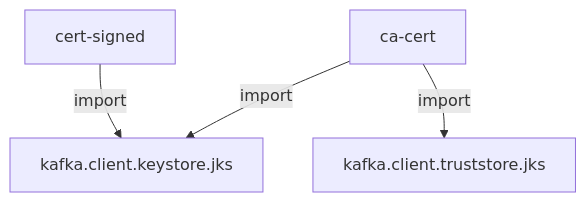
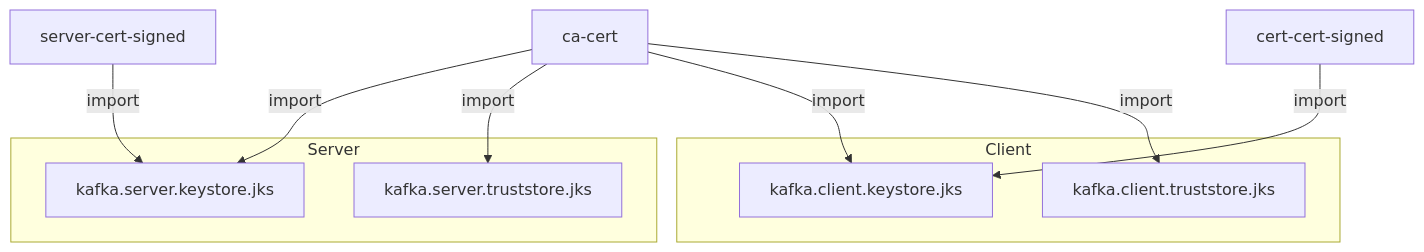
One commit to decodableco/examples changed the fourth of 4 diagrams in mtls/README.md. Above: the diagram before and after it, drawn with Mermaid. The commit also changed other lines of this file and 1 other file, not shown here.

````diff
--- a/mtls/README.md
+++ b/mtls/README.md
@@ -110,10 +63,26 @@
 ```mermaid
 flowchart TD;
 
-    ca-cert-->|import|jks[kafka.client.keystore.jks]
-    ca-cert-->|import|kafka.client.truststore.jks
+
+    ca-cert-->|import|serverks[kafka.server.keystore.jks]
+    ca-cert-->|import|serverts[kafka.server.truststore.jks]
+
+    server-cert-signed-->|import|serverks
+
+    ca-cert-->|import|clientks[kafka.client.keystore.jks]
+    ca-cert-->|import|clientts[kafka.client.truststore.jks]
 
 
-    cert-signed-->|import|jks
+    cert-cert-signed-->|import|clientks
+
+    subgraph Client
+    clientks
+    clientts
+    end
+
+    subgraph Server
+    serverks
+    serverts
+    end
 
 ```
````
